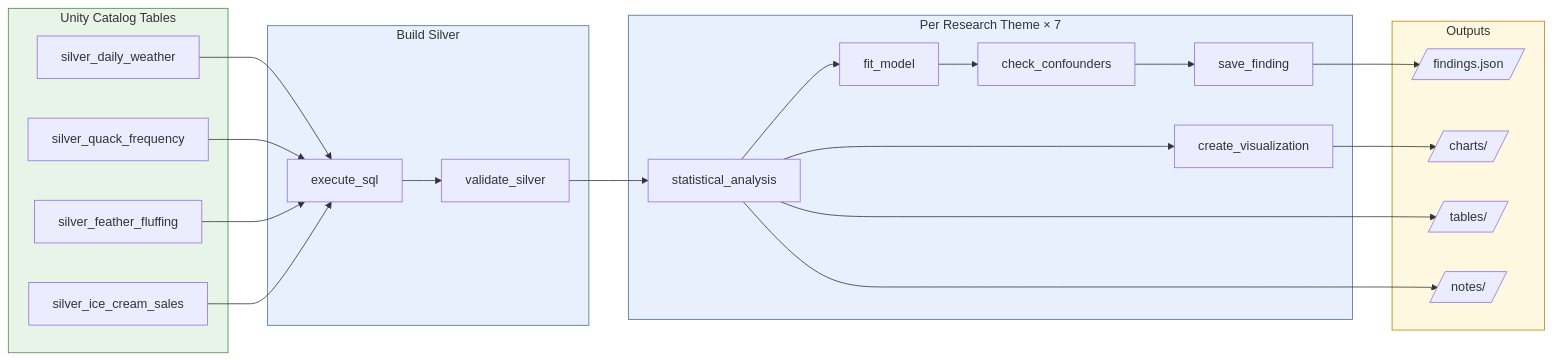
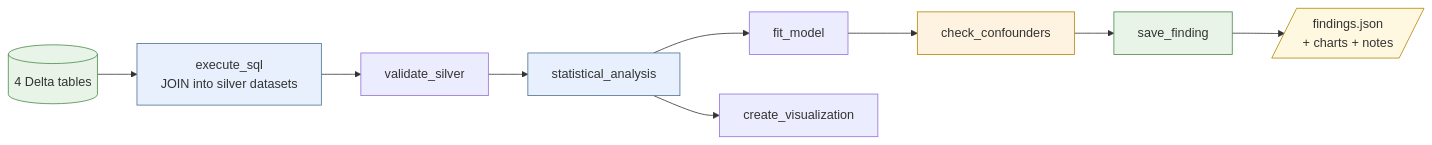
The second of 5 diagrams in docs/tutorial-silly-weather.md (jweinberg-a2a/versifai-data-agents), drawn with Mermaid before and after one commit. The commit also changed other lines of this file and 4 other files, not shown here.

Commit message:
diagrams fixed

````diff
--- a/docs/tutorial-silly-weather.md
+++ b/docs/tutorial-silly-weather.md
@@ -76,45 +56,18 @@
 ```mermaid
 flowchart LR
-    subgraph tables["Unity Catalog Tables"]
-        T1[silver_daily_weather]
-        T2[silver_quack_frequency]
-        T3[silver_feather_fluffing]
-        T4[silver_ice_cream_sales]
-    end
+    DT[("4 Delta tables")] --> EX["execute_sql<br>JOIN into silver datasets"]
+    EX --> VS["validate_silver"]
+    VS --> SA["statistical_analysis"]
+    SA --> FM["fit_model"]
+    FM --> CC["check_confounders"]
+    SA --> CV["create_visualization"]
+    CC --> SF["save_finding"]
+    SF --> OUT[/"findings.json<br>+ charts + notes"/]
 
-    subgraph silver["Build Silver"]
-        EX[execute_sql]
-        VS[validate_silver]
-        EX --> VS
-    end
-
-    subgraph themes["Per Research Theme × 7"]
-        SA[statistical_analysis]
-        FM[fit_model]
-        CC[check_confounders]
-        CV[create_visualization]
-        SF[save_finding]
-        SA --> FM --> CC
-        SA --> CV
-        CC --> SF
-    end
-
-    subgraph artifacts["Outputs"]
-        FJ[/"findings.json"/]
-        CH[/"charts/"/]
-        TB[/"tables/"/]
-        NT[/"notes/"/]
-    end
-
-    T1 & T2 & T3 & T4 --> EX
-    VS --> SA
-    SF --> FJ
-    CV --> CH
-    SA --> TB
-    SA --> NT
-
-    style tables fill:#e8f4e8,stroke:#4a8a4a
-    style silver fill:#e8f0fe,stroke:#4a6f93
-    style themes fill:#e8f0fe,stroke:#4a6f93
-    style artifacts fill:#fff8e1,stroke:#b38600
+    style DT fill:#e8f4e8,stroke:#4a8a4a
+    style EX fill:#e8f0fe,stroke:#4a6f93
+    style SA fill:#e8f0fe,stroke:#4a6f93
+    style CC fill:#fef3e0,stroke:#b38600
+    style SF fill:#e8f4e8,stroke:#4a8a4a
+    style OUT fill:#fff8e1,stroke:#b38600
 ```
````
